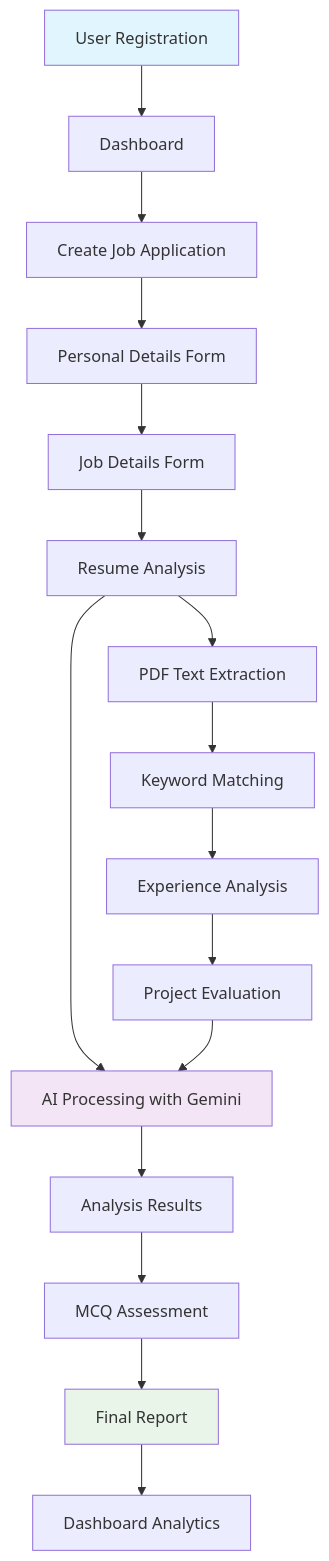
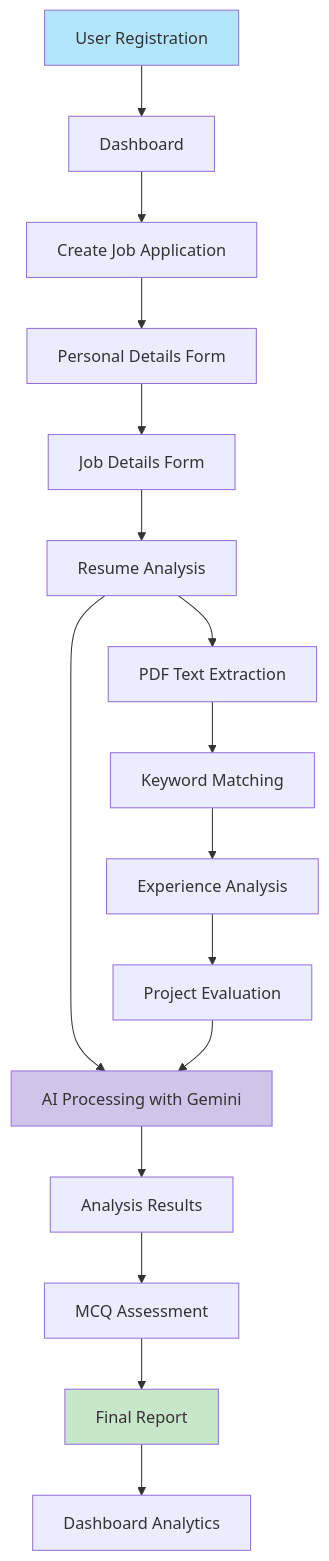
Before and after one commit to Craig-Rosario/Mockly: the diagram in README.md, drawn with Mermaid.

Commit message:
Change color styles in workflow diagram
Updated

````diff
--- a/README.md
+++ b/README.md
@@ -105,23 +105,23 @@
 ```mermaid
 graph TD
     A[User Registration] --> B[Dashboard]
     B --> C[Create Job Application]
     C --> D[Personal Details Form]
     D --> E[Job Details Form]
     E --> F[Resume Analysis]
     F --> G[AI Processing with Gemini]
     G --> H[Analysis Results]
     H --> I[MCQ Assessment]
     I --> K[Final Report]
     K --> L[Dashboard Analytics]
     
     F --> M[PDF Text Extraction]
     M --> N[Keyword Matching]
     N --> O[Experience Analysis]
     O --> P[Project Evaluation]
     P --> G
     
-    style A fill:#e1f5fe
-    style G fill:#f3e5f5
-    style K fill:#e8f5e8
+    style A fill:#b3e5fc
+    style G fill:#d1c4e9
+    style K fill:#c8e6c9
 ```
````
